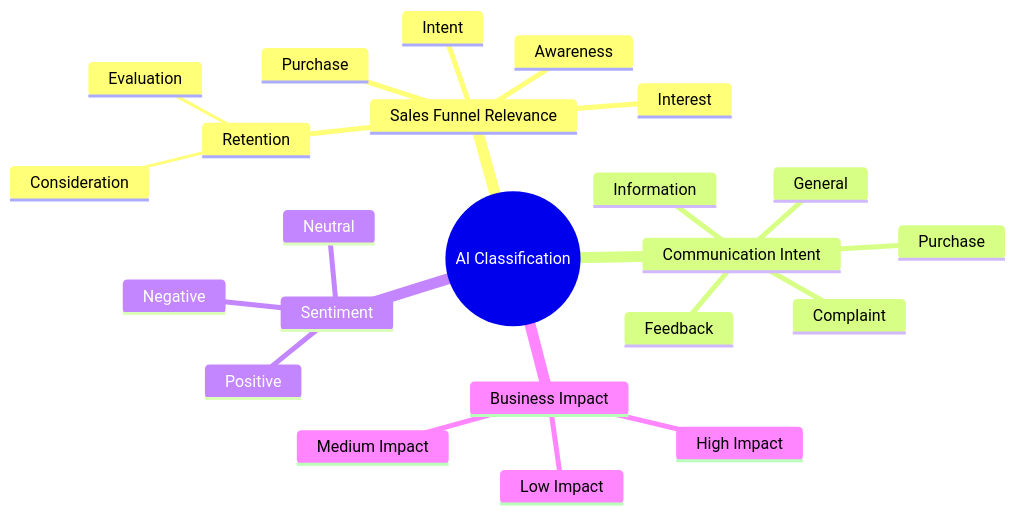
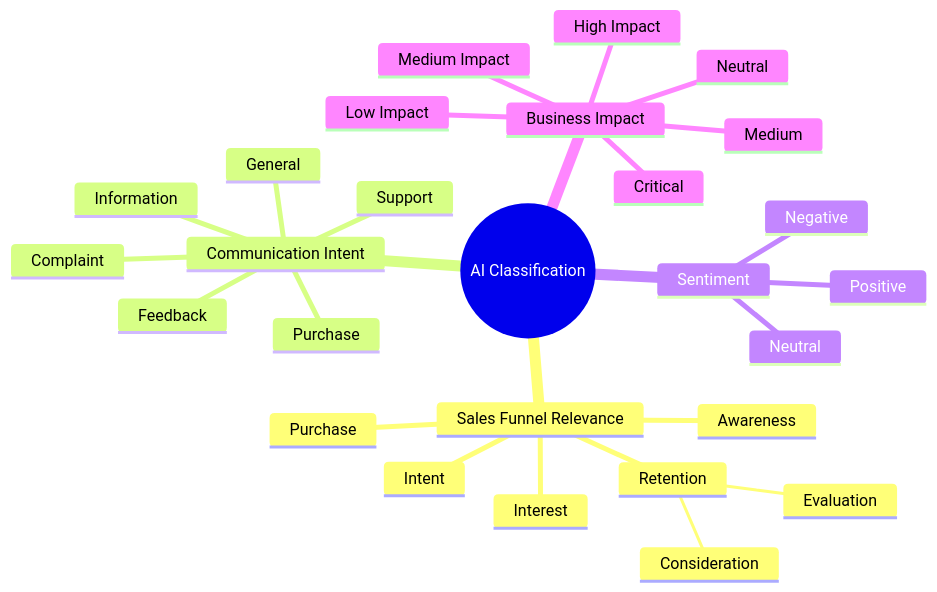
Before and after one commit to Ralo93/CustomerAnalyticsDashboard: the first of 2 diagrams in README.md, drawn with Mermaid.

````diff
--- a/README.md
+++ b/README.md
@@ -7,30 +7,36 @@
 ```mermaid
 mindmap
   root((AI Classification))
     Sales Funnel Relevance
       Awareness
       Interest
       Retention
       	Consideration
       	Evaluation
       Intent
       Purchase
       
 
     Communication Intent
       Complaint
       Feedback
       General
       Information
       Purchase
+      Support
 
 
     Sentiment
       Positive
       Neutral
       Negative
+
+
     Business Impact
       High Impact
       Medium Impact
       Low Impact
+      Critical
+      Medium
+      Neutral
 ```
````
